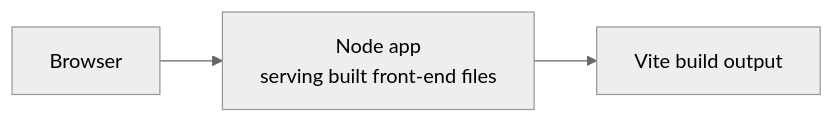
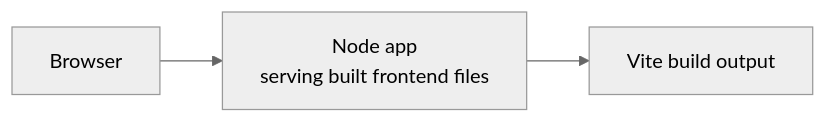
One commit to microsoft/aspire.dev changed the first of 3 diagrams in src/frontend/src/content/docs/deployment/javascript-apps.mdx. Above: the diagram before and after it, drawn with Mermaid (neutral theme). The commit also changed other lines of this file and 49 other files, not shown here.

````diff
--- a/src/frontend/src/content/docs/deployment/javascript-apps.mdx
+++ b/src/frontend/src/content/docs/deployment/javascript-apps.mdx
@@ -76,5 +76,5 @@
 ```mermaid
 flowchart LR
-    Browser --> App["Node app<br/>serving built front-end files"]
+    Browser --> App["Node app<br/>serving built frontend files"]
     App --> Frontend["Vite build output"]
 ```
````
